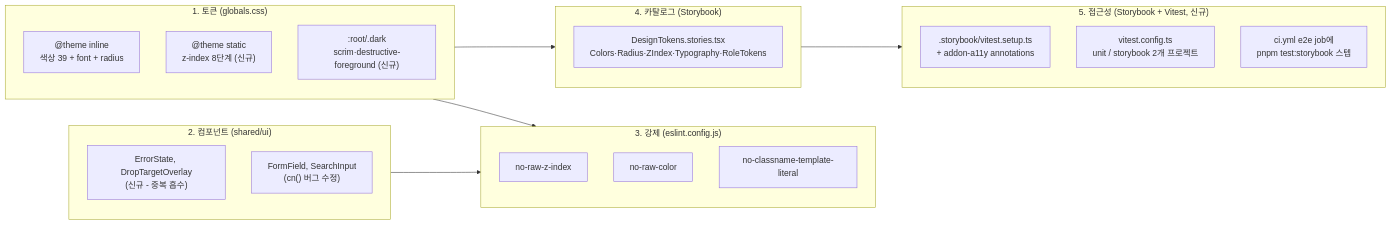
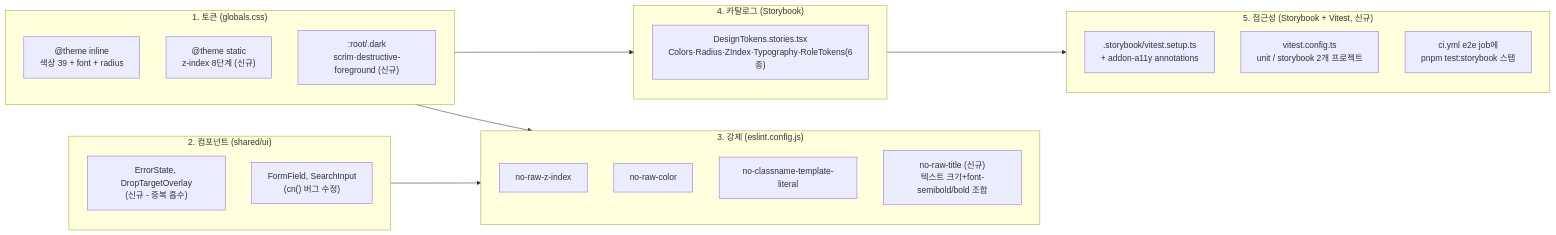
One commit to BAECHAN/link-sphere_FE_NEW changed the second of 2 diagrams in docs/DESIGN-SYSTEM.md. Above: the diagram before and after it, drawn with Mermaid. The commit also changed other lines of this file and 19 other files, not shown here.

````diff
--- a/docs/DESIGN-SYSTEM.md
+++ b/docs/DESIGN-SYSTEM.md
@@ -86,29 +86,30 @@
 ```mermaid
 flowchart LR
     subgraph tokens ["1. 토큰 (globals.css)"]
         T1["@theme inline<br/>색상 39 + font + radius"]
         T2["@theme static<br/>z-index 8단계 (신규)"]
         T3[":root/.dark<br/>scrim·destructive-foreground (신규)"]
     end
     subgraph components ["2. 컴포넌트 (shared/ui)"]
         C1["ErrorState, DropTargetOverlay<br/>(신규 - 중복 흡수)"]
         C2["FormField, SearchInput<br/>(cn() 버그 수정)"]
     end
     subgraph enforce ["3. 강제 (eslint.config.js)"]
         E1["no-raw-z-index"]
         E2["no-raw-color"]
         E3["no-classname-template-literal"]
+        E4["no-raw-title (신규)<br/>텍스트 크기+font-semibold/bold 조합"]
     end
     subgraph catalog ["4. 카탈로그 (Storybook)"]
-        S1["DesignTokens.stories.tsx<br/>Colors·Radius·ZIndex·Typography·RoleTokens"]
+        S1["DesignTokens.stories.tsx<br/>Colors·Radius·ZIndex·Typography·RoleTokens(6종)"]
     end
     subgraph a11y ["5. 접근성 (Storybook + Vitest, 신규)"]
         AX1[".storybook/vitest.setup.ts<br/>+ addon-a11y annotations"]
         AX2["vitest.config.ts<br/>unit / storybook 2개 프로젝트"]
         AX3["ci.yml e2e job에<br/>pnpm test:storybook 스텝"]
     end
     tokens --> enforce
     components --> enforce
     tokens --> catalog
     catalog --> a11y
 ```
````
